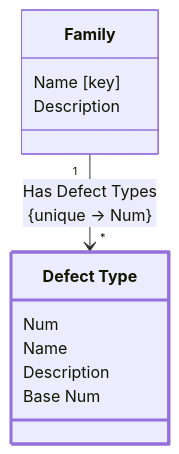
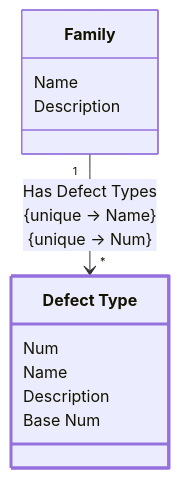
Before and after one commit to glemzurg/glemzurg: the diagram in examples/requirements/req/output/development/class-domain.process.subdomain.family.class.defect_type.md, drawn with Mermaid. The commit also changed other lines of this file and 79 other files, not shown here.

````diff
--- a/examples/requirements/req/output/development/class-domain.process.subdomain.family.class.defect_type.md
+++ b/examples/requirements/req/output/development/class-domain.process.subdomain.family.class.defect_type.md
@@ -26,21 +26,21 @@
 ```mermaid
 ---
 config:
   class:
     hideEmptyMembersBox: true
 ---
 classDiagram
 class class_domain_process_subdomain_family_class_defect_type["Defect Type"] {
         Num
         Name
         Description
         Base Num
     }
 class class_domain_process_subdomain_family_class_family["Family"] {
-        Name [key]
+        Name
         Description
     }
 style class_domain_process_subdomain_family_class_defect_type stroke:#9370DB,stroke-width:3px
-class_domain_process_subdomain_family_class_family "1" --> "*" class_domain_process_subdomain_family_class_defect_type : Has Defect Types<br/>{unique → Num}
+class_domain_process_subdomain_family_class_family "1" --> "*" class_domain_process_subdomain_family_class_defect_type : Has Defect Types<br/>{unique → Name}<br/>{unique → Num}
 
 ```
````
